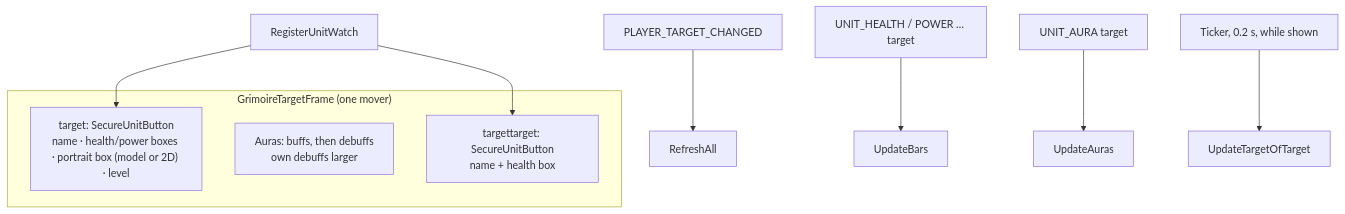
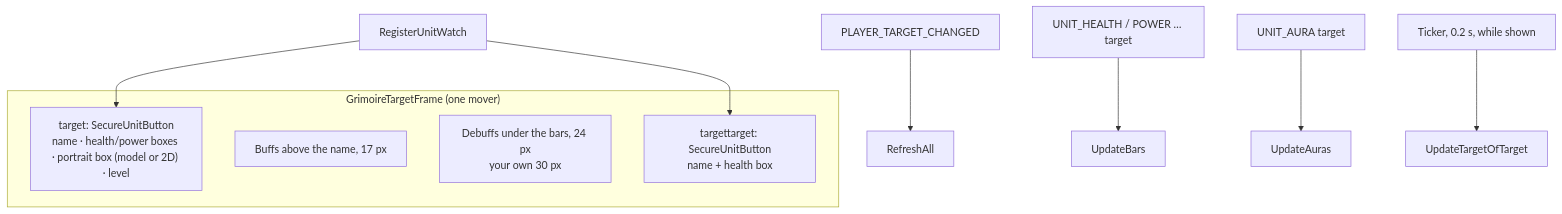
Before and after one commit to PhillypHenning/grimoire: the second of 2 diagrams in docs/features/target/README.md, drawn with Mermaid. The commit also changed other lines of this file and 1 other file, not shown here.

First line of the commit message:
Target: buffs above the frame, bigger debuffs below; sturdier aura reading

````diff
--- a/docs/features/target/README.md
+++ b/docs/features/target/README.md
@@ -26,13 +26,14 @@
 ```mermaid
 flowchart TD
     subgraph Mover["GrimoireTargetFrame (one mover)"]
         T["target: SecureUnitButton<br/>name · health/power boxes · portrait box (model or 2D) · level"]
-        A[Auras: buffs, then debuffs<br/>own debuffs larger]
+        B[Buffs above the name, 17 px]
+        D[Debuffs under the bars, 24 px<br/>your own 30 px]
         ToT[targettarget: SecureUnitButton<br/>name + health box]
     end
     PTC[PLAYER_TARGET_CHANGED] --> RA[RefreshAll]
     UE[UNIT_HEALTH / POWER … target] --> Bars[UpdateBars]
     UA[UNIT_AURA target] --> Auras[UpdateAuras]
     TK[Ticker, 0.2 s, while shown] --> ToTU[UpdateTargetOfTarget]
     UW[RegisterUnitWatch] --> T & ToT
 ```
````
